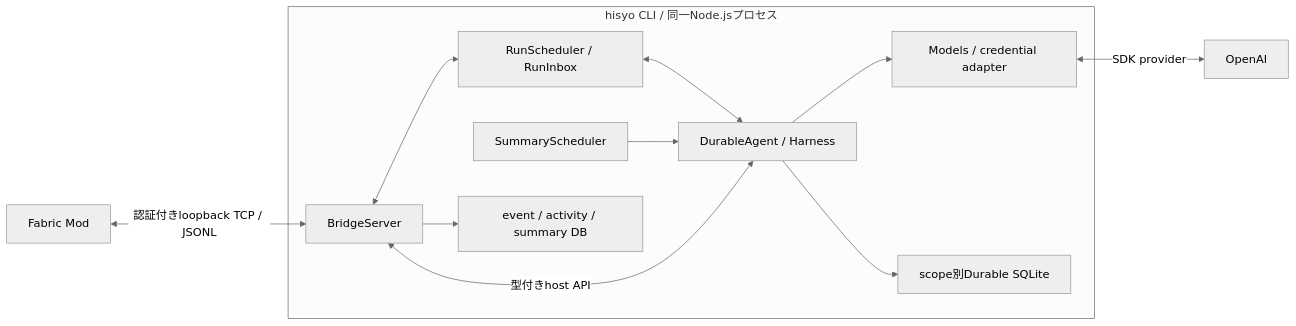
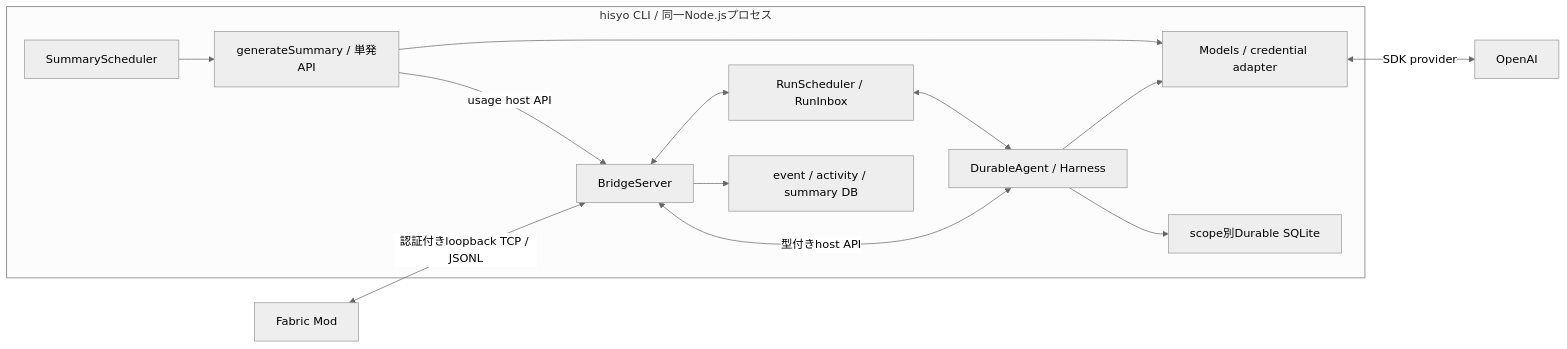
The diagram in docs/architecture.md (ph0ryn/mc-hisyo-mod), drawn with Mermaid (neutral theme) before and after one commit. The commit also changed other lines of this file and 15 other files, not shown here.

````diff
--- a/docs/architecture.md
+++ b/docs/architecture.md
@@ -8,14 +8,16 @@
 ```mermaid
 flowchart LR
     M["Fabric Mod"] <-->|"認証付きloopback TCP / JSONL"| B["BridgeServer"]
     subgraph C["hisyo CLI / 同一Node.jsプロセス"]
         B <--> R["RunScheduler / RunInbox"]
         R <--> D["DurableAgent / Harness"]
         D <-->|"型付きhost API"| B
-        S["SummaryScheduler"] --> D
+        S["SummaryScheduler"] --> G["generateSummary / 単発API"]
         D --> A["Models / credential adapter"]
+        G --> A
+        G -->|"usage host API"| B
         B --> L["event / activity / summary DB"]
         D --> Q["scope別Durable SQLite"]
     end
     A <-->|"SDK provider"| P["OpenAI"]
 ```
````
